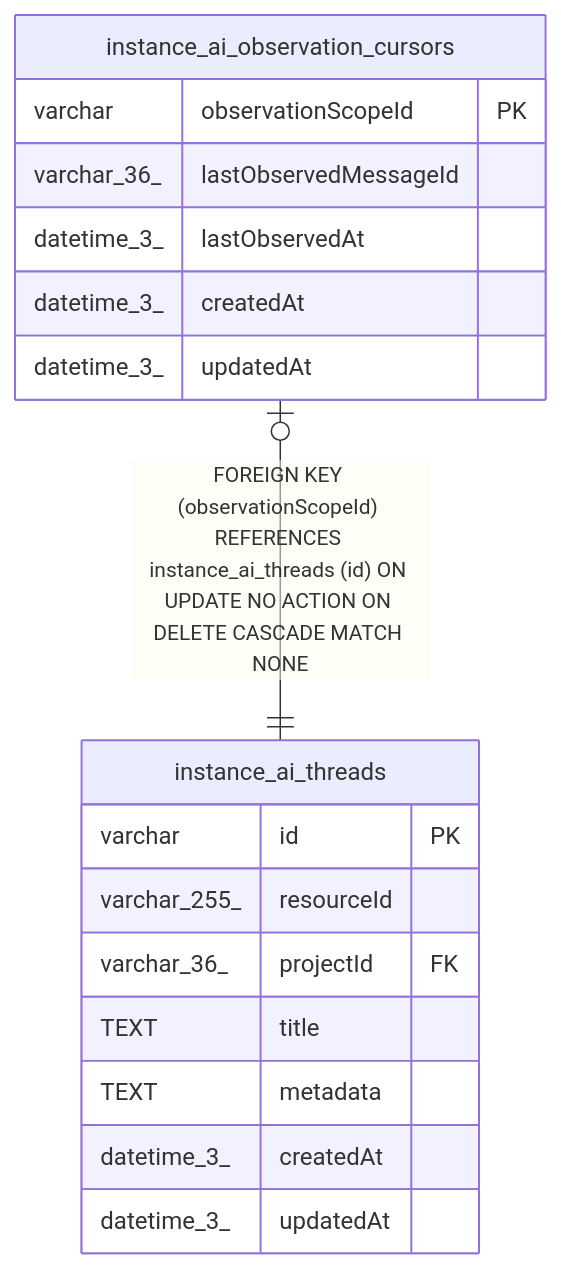
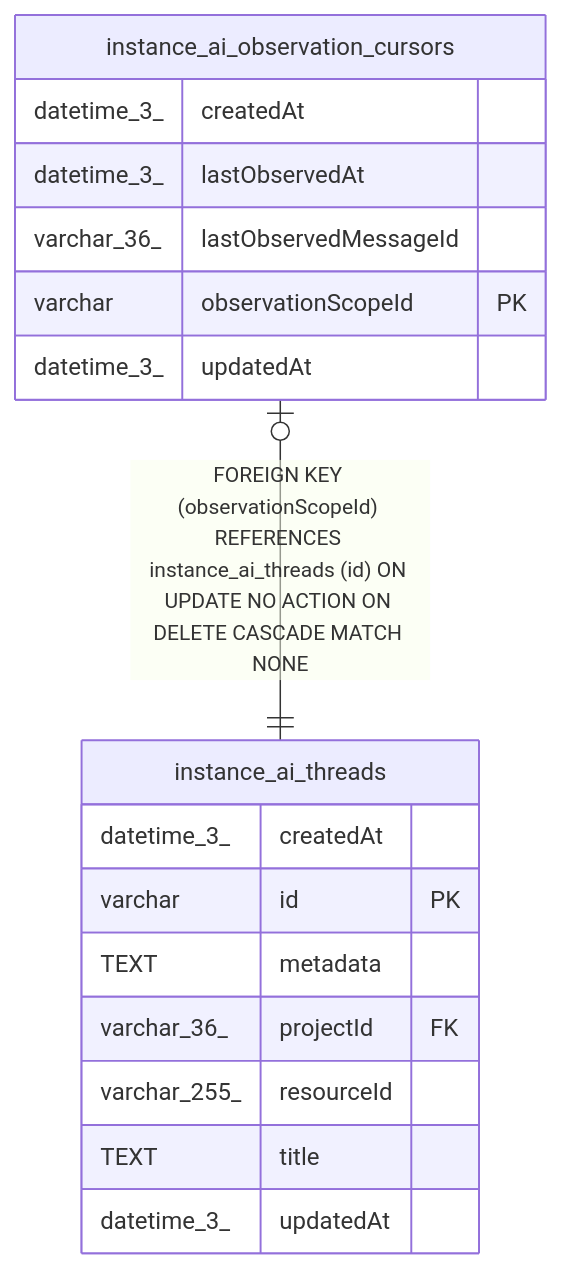
Before and after one commit to mayankjain1815-commits/n8n: the diagram in docs/generated/sqlite-schema/instance_ai_observation_cursors.md, drawn with Mermaid. The commit also changed other lines of this file and 221 other files, not shown here.

Commit message:
chore(core): Make DB schema docs generation deterministic (#32373)

````diff
--- a/docs/generated/sqlite-schema/instance_ai_observation_cursors.md
+++ b/docs/generated/sqlite-schema/instance_ai_observation_cursors.md
@@ -40,22 +40,22 @@
 ```mermaid
 erDiagram
 
 "instance_ai_observation_cursors" |o--|| "instance_ai_threads" : "FOREIGN KEY (observationScopeId) REFERENCES instance_ai_threads (id) ON UPDATE NO ACTION ON DELETE CASCADE MATCH NONE"
 
 "instance_ai_observation_cursors" {
+  datetime_3_ createdAt
+  datetime_3_ lastObservedAt
+  varchar_36_ lastObservedMessageId
   varchar observationScopeId PK
-  varchar_36_ lastObservedMessageId
-  datetime_3_ lastObservedAt
-  datetime_3_ createdAt
   datetime_3_ updatedAt
 }
 "instance_ai_threads" {
+  datetime_3_ createdAt
   varchar id PK
+  TEXT metadata
+  varchar_36_ projectId FK
   varchar_255_ resourceId
-  varchar_36_ projectId FK
   TEXT title
-  TEXT metadata
-  datetime_3_ createdAt
   datetime_3_ updatedAt
 }
 ```
````
